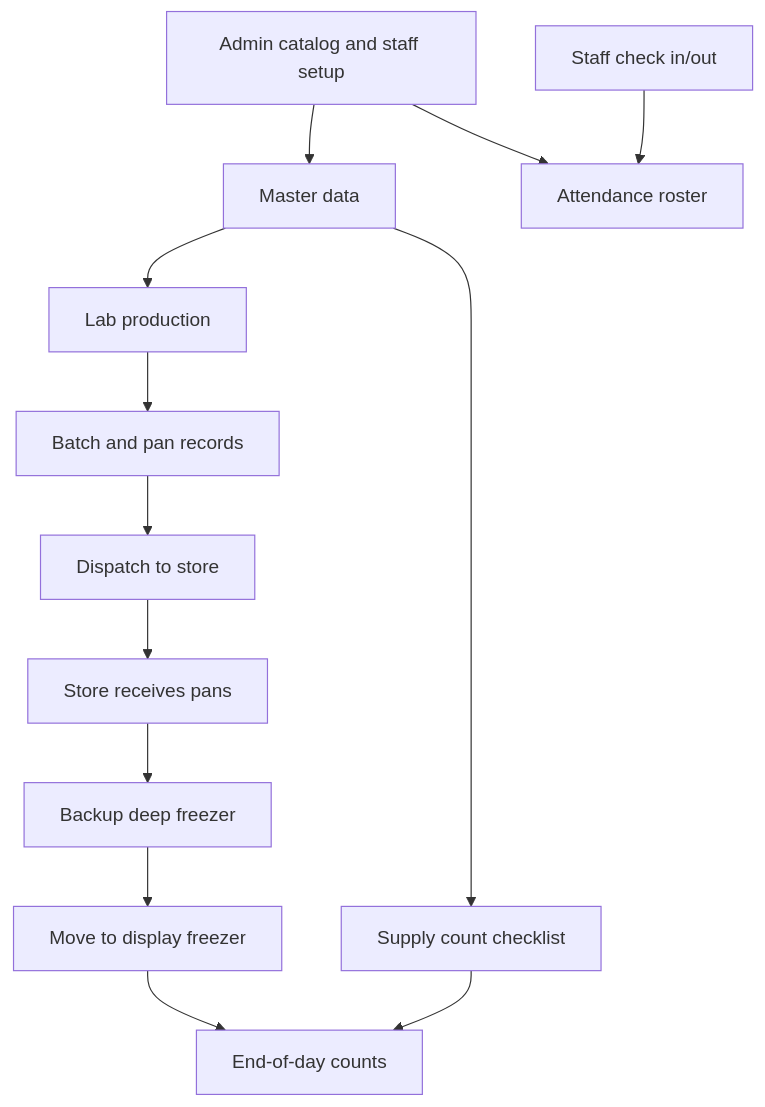
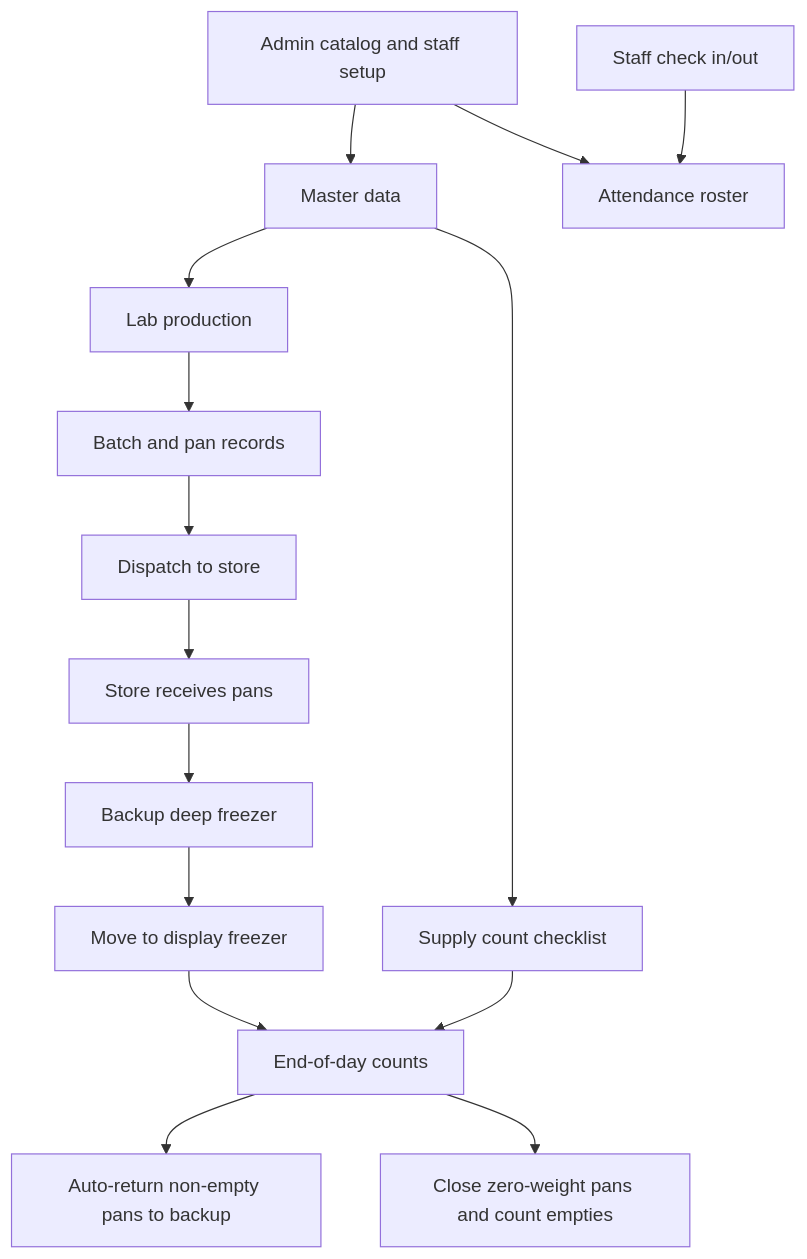
The first of 2 diagrams in docs/plans/2026-05-21-001-feat-operations-first-mvp-plan.md (abourai2809/snowy), drawn with Mermaid before and after one commit. The commit also changed other lines of this file and 13 other files, not shown here.

````diff
--- a/docs/plans/2026-05-21-001-feat-operations-first-mvp-plan.md
+++ b/docs/plans/2026-05-21-001-feat-operations-first-mvp-plan.md
@@ -133,15 +136,17 @@
 ```mermaid
 flowchart TB
   Admin["Admin catalog and staff setup"] --> Catalog["Master data"]
   Catalog --> Lab["Lab production"]
   Lab --> Pans["Batch and pan records"]
   Pans --> Dispatch["Dispatch to store"]
   Dispatch --> Receive["Store receives pans"]
   Receive --> Backup["Backup deep freezer"]
   Backup --> Display["Move to display freezer"]
   Display --> EOD["End-of-day counts"]
+  EOD --> Return["Auto-return non-empty pans to backup"]
+  EOD --> Empty["Close zero-weight pans and count empties"]
   Catalog --> SupplyChecklist["Supply count checklist"]
   SupplyChecklist --> EOD
   Staff["Staff check in/out"] --> Attendance["Attendance roster"]
   Admin --> Attendance
 ```
````
